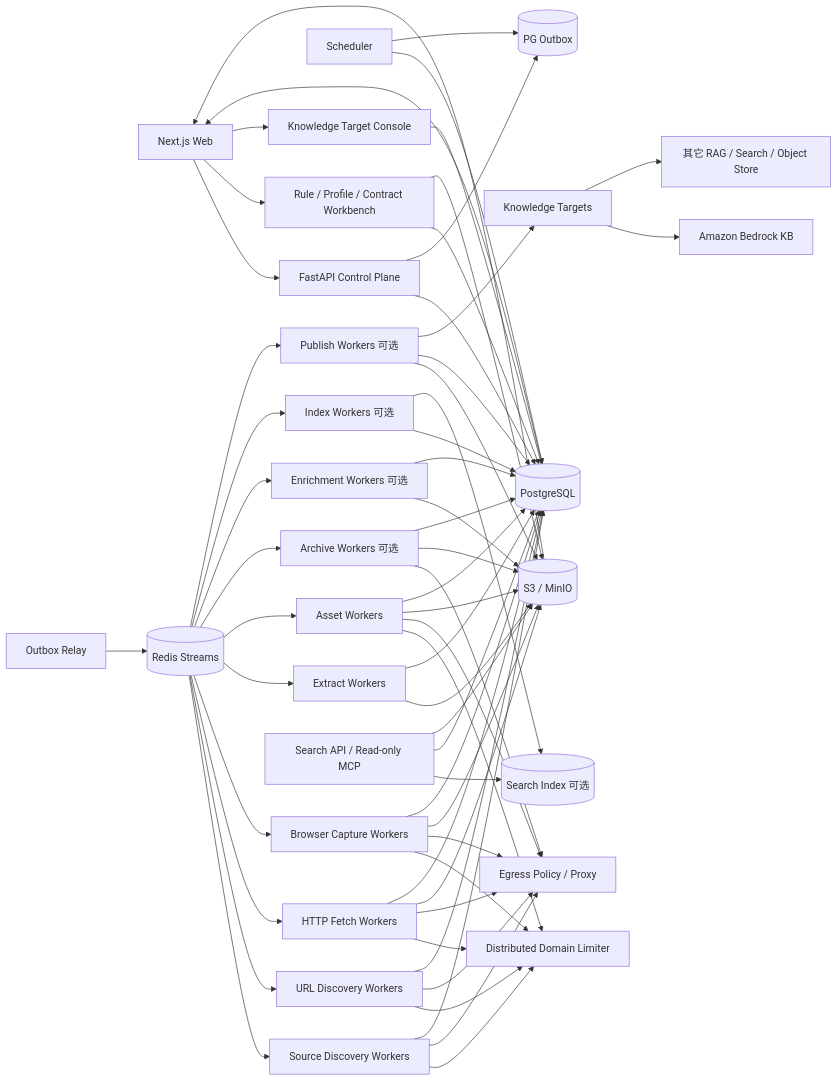
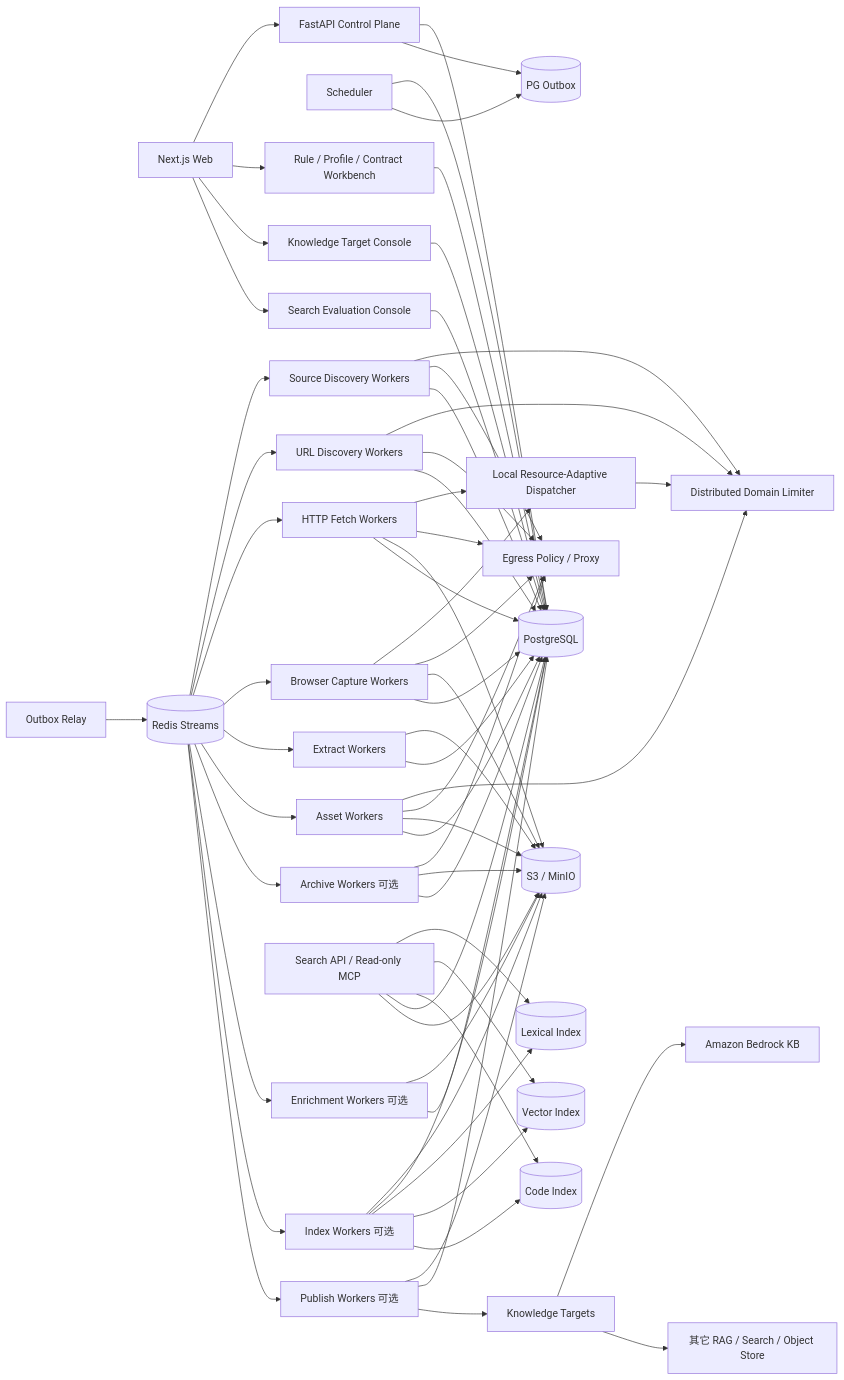
The diagram in 博客知识库技术方案.md (WorkerXu/my-doc), drawn with Mermaid before and after one commit. The commit also changed other lines of this file, not shown here.

````diff
--- a/博客知识库技术方案.md
+++ b/博客知识库技术方案.md
@@ -69,69 +71,74 @@
 ```mermaid
 flowchart LR
     UI[Next.js Web] --> API[FastAPI Control Plane]
     API --> PG[(PostgreSQL)]
     API --> OUT[(PG Outbox)]
     SCHED[Scheduler] --> PG
     SCHED --> OUT
     RELAY[Outbox Relay] --> REDIS[(Redis Streams)]
 
     REDIS --> SD[Source Discovery Workers]
     REDIS --> UD[URL Discovery Workers]
     REDIS --> HF[HTTP Fetch Workers]
     REDIS --> BF[Browser Capture Workers]
     REDIS --> EX[Extract Workers]
     REDIS --> AS[Asset Workers]
     REDIS --> AR[Archive Workers 可选]
     REDIS --> EN[Enrichment Workers 可选]
     REDIS --> IX[Index Workers 可选]
     REDIS --> PW[Publish Workers 可选]
 
-    SD --> LIM[Distributed Domain Limiter]
+    HF --> RAD[Local Resource-Adaptive Dispatcher]
+    BF --> RAD
+    RAD --> LIM[Distributed Domain Limiter]
+    SD --> LIM
     UD --> LIM
-    HF --> LIM
-    BF --> LIM
     AS --> LIM
 
     SD --> EG[Egress Policy / Proxy]
     UD --> EG
     HF --> EG
     BF --> EG
     AS --> EG
     AR --> EG
 
     HF --> S3[(S3 / MinIO)]
     BF --> S3
     EX --> S3
     AS --> S3
     AR --> S3
     EN --> S3
+    IX --> S3
     PW --> S3
 
     SD --> PG
     UD --> PG
     HF --> PG
     BF --> PG
     EX --> PG
     AS --> PG
     AR --> PG
     EN --> PG
     IX --> PG
     PW --> PG
 
-    IX --> SI[(Search Index 可选)]
-    SEARCH[Search API / Read-only MCP] --> SI
+    IX --> LEX[(Lexical Index)]
+    IX --> VEC[(Vector Index)]
+    IX --> CODE[(Code Index)]
+    SEARCH[Search API / Read-only MCP] --> LEX
+    SEARCH --> VEC
+    SEARCH --> CODE
     SEARCH --> PG
     SEARCH --> S3
 
     PW --> KT[Knowledge Targets]
     KT --> BDK[Amazon Bedrock KB]
     KT --> EXT[其它 RAG / Search / Object Store]
 
     UI --> RC[Rule / Profile / Contract Workbench]
     UI --> KC[Knowledge Target Console]
+    UI --> SC[Search Evaluation Console]
     RC --> PG
-    RC --> S3
     KC --> PG
-    PG --> UI
-    S3 --> UI
+    SC --> PG
 ```
````
